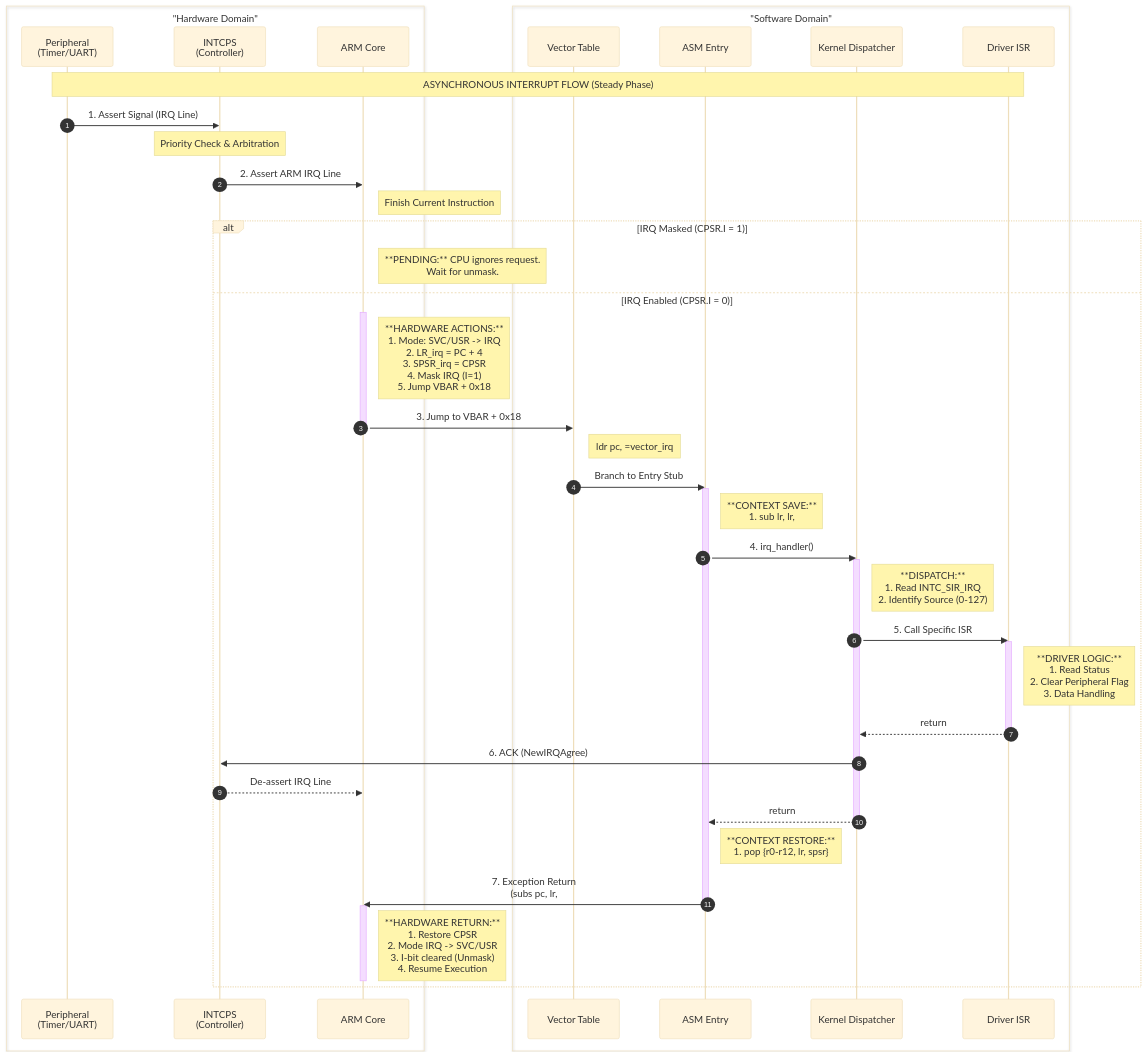
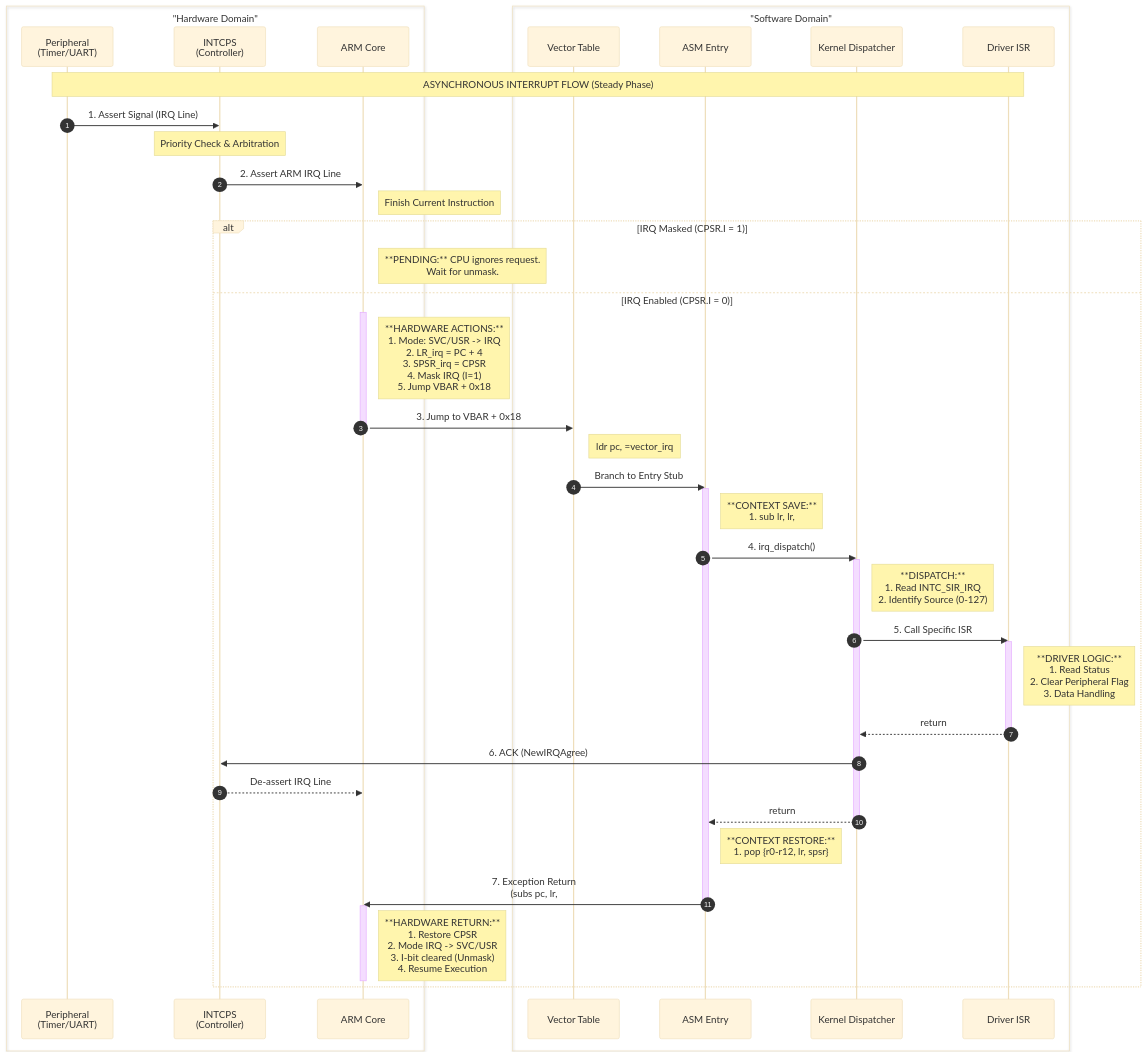
Before and after one commit to Vinalinux-Org/RefARM-OS: the diagram in docs/04_kernel/diagram/interrupt_flow.mmd, drawn with Mermaid (base theme). The commit also changed 5 other files, not shown here.

Commit message:
docs: update the Interrupt docs and diagrams

```diff
--- a/docs/04_kernel/diagram/interrupt_flow.mmd
+++ b/docs/04_kernel/diagram/interrupt_flow.mmd
@@ -1,70 +1,70 @@
 sequenceDiagram
     autonumber
 
     box "Hardware Domain" #f9f9f9
         participant Periph as Peripheral<br/>(Timer/UART)
         participant INTC as INTCPS<br/>(Controller)
         participant CPU as ARM Core
     end
 
     box "Software Domain" #e1f5fe
         participant Vector as Vector Table
         participant Entry as ASM Entry
         participant Core as Kernel Dispatcher
         participant ISR as Driver ISR
     end
     
     Note over Periph,ISR: ASYNCHRONOUS INTERRUPT FLOW (Steady Phase)
     
     Periph->>INTC: 1. Assert Signal (IRQ Line)
     
     Note over INTC: Priority Check & Arbitration
     
     INTC->>CPU: 2. Assert ARM IRQ Line
     
     Note right of CPU: Finish Current Instruction
     
     alt IRQ Masked (CPSR.I = 1)
         Note right of CPU: **PENDING:** CPU ignores request.<br/>Wait for unmask.
     else IRQ Enabled (CPSR.I = 0)
         activate CPU
         Note right of CPU: **HARDWARE ACTIONS:**<br/>1. Mode: SVC/USR -> IRQ<br/>2. LR_irq = PC + 4<br/>3. SPSR_irq = CPSR<br/>4. Mask IRQ (I=1)<br/>5. Jump VBAR + 0x18
         
         CPU->>Vector: 3. Jump to VBAR + 0x18
         deactivate CPU
         
         Note right of Vector: ldr pc, =vector_irq
         
         Vector->>Entry: Branch to Entry Stub
         activate Entry
         
         Note right of Entry: **CONTEXT SAVE:**<br/>1. sub lr, lr, #4 (Fix Return Addr)<br/>2. push {r0-r12, lr, spsr}<br/>3. Switch to IRQ Stack
         
-        Entry->>Core: 4. irq_handler()
+        Entry->>Core: 4. irq_dispatch()
         activate Core
         
         Note right of Core: **DISPATCH:**<br/>1. Read INTC_SIR_IRQ<br/>2. Identify Source (0-127)
         
         Core->>ISR: 5. Call Specific ISR
         activate ISR
         
         Note right of ISR: **DRIVER LOGIC:**<br/>1. Read Status<br/>2. Clear Peripheral Flag<br/>3. Data Handling
         
         ISR-->>Core: return
         deactivate ISR
         
         Core->>INTC: 6. ACK (NewIRQAgree)
         INTC-->>CPU: De-assert IRQ Line
         
         Core-->>Entry: return
         deactivate Core
         
         Note right of Entry: **CONTEXT RESTORE:**<br/>1. pop {r0-r12, lr, spsr}
         
         Entry->>CPU: 7. Exception Return<br/>(subs pc, lr, #4)
         deactivate Entry
         
         activate CPU
         Note right of CPU: **HARDWARE RETURN:**<br/>1. Restore CPSR<br/>2. Mode IRQ -> SVC/USR<br/>3. I-bit cleared (Unmask)<br/>4. Resume Execution
         deactivate CPU
     end
```
